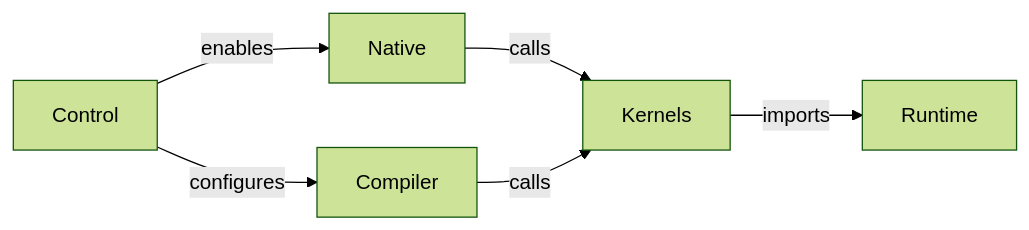
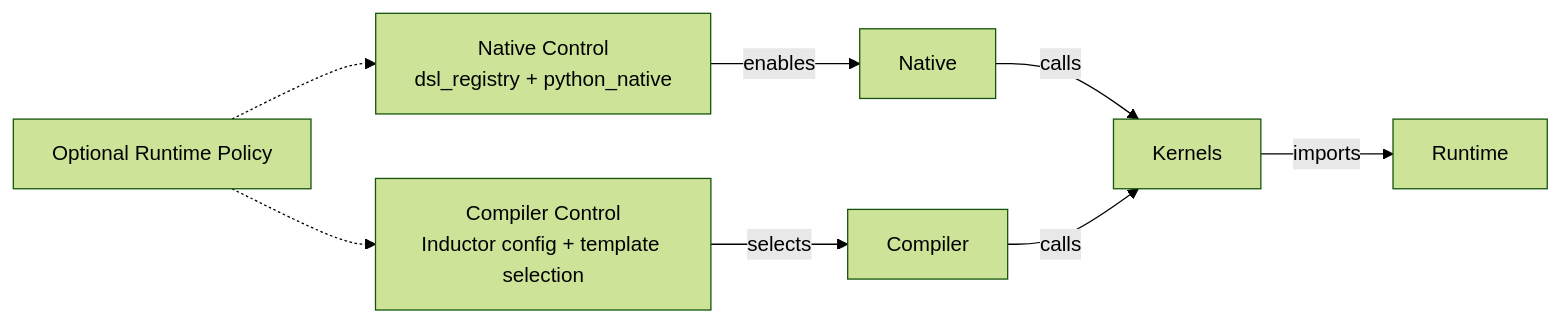
Before and after one commit to XiaobingSuper/FlyDSL: the first of 5 diagrams in docs/cutedsl_pytorch_integration_report.md, drawn with Mermaid (forest theme). The commit also changed other lines of this file and 1 other file, not shown here.

First line of the commit message:
Clarify FlyDSL Inductor demo plan

````diff
--- a/docs/cutedsl_pytorch_integration_report.md
+++ b/docs/cutedsl_pytorch_integration_report.md
@@ -122,8 +122,10 @@
 ```mermaid
 flowchart LR
-    A["Control"] -->|enables| B["Native"]
-    A -->|configures| C["Compiler"]
-    B -->|calls| D["Kernels"]
-    C -->|calls| D
-    D -->|imports| E["Runtime"]
+    A["Native Control<br/>dsl_registry + python_native"] -->|enables| B["Native"]
+    C["Compiler Control<br/>Inductor config + template selection"] -->|selects| D["Compiler"]
+    E["Optional Runtime Policy"] -.-> A
+    E -.-> C
+    B -->|calls| F["Kernels"]
+    D -->|calls| F
+    F -->|imports| G["Runtime"]
 ```
````
